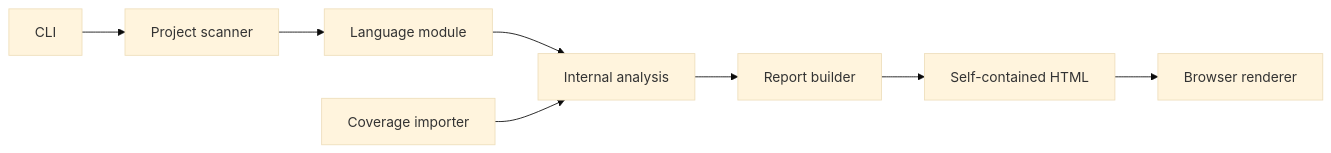
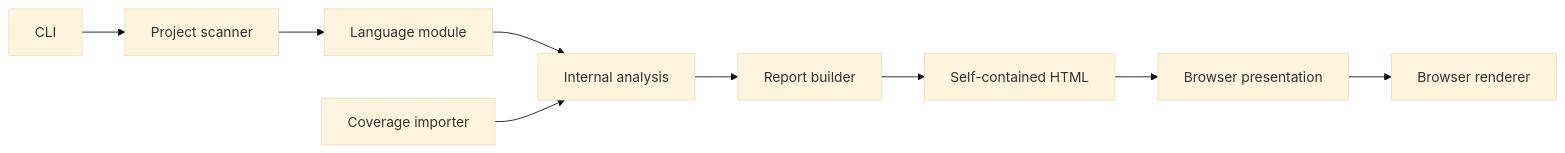
Before and after one commit to Guillaume-Docquier/show-me: the diagram in docs/architecture/overview.md, drawn with Mermaid (base theme). The commit also changed other lines of this file and 20 other files, not shown here.

Commit message:
report: move presentation derivation to browser

````diff
--- a/docs/architecture/overview.md
+++ b/docs/architecture/overview.md
@@ -15,10 +15,11 @@
 ```mermaid
 flowchart LR
     CLI["CLI"] --> Scanner["Project scanner"]
     Scanner --> Language["Language module"]
     Language --> Analysis["Internal analysis"]
     Coverage["Coverage importer"] --> Analysis
     Analysis --> Report["Report builder"]
     Report --> Html["Self-contained HTML"]
-    Html --> Renderer["Browser renderer"]
+    Html --> Presentation["Browser presentation"]
+    Presentation --> Renderer["Browser renderer"]
 ```
````
